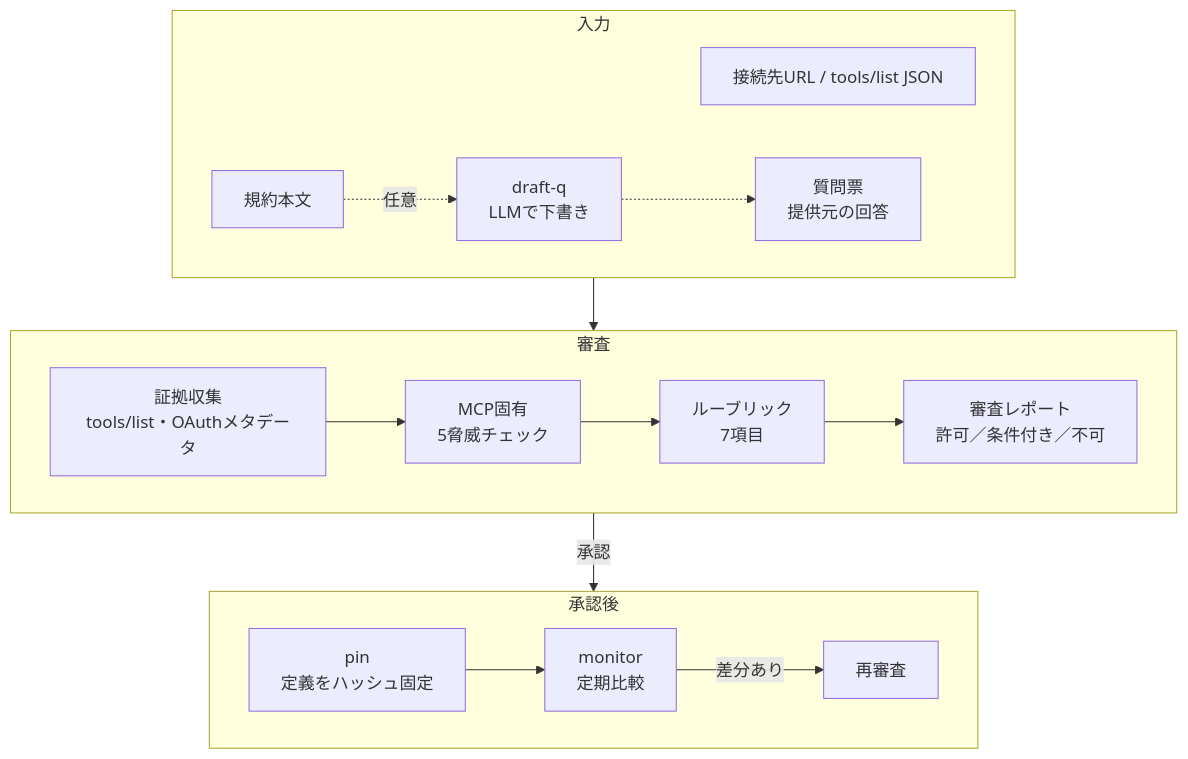
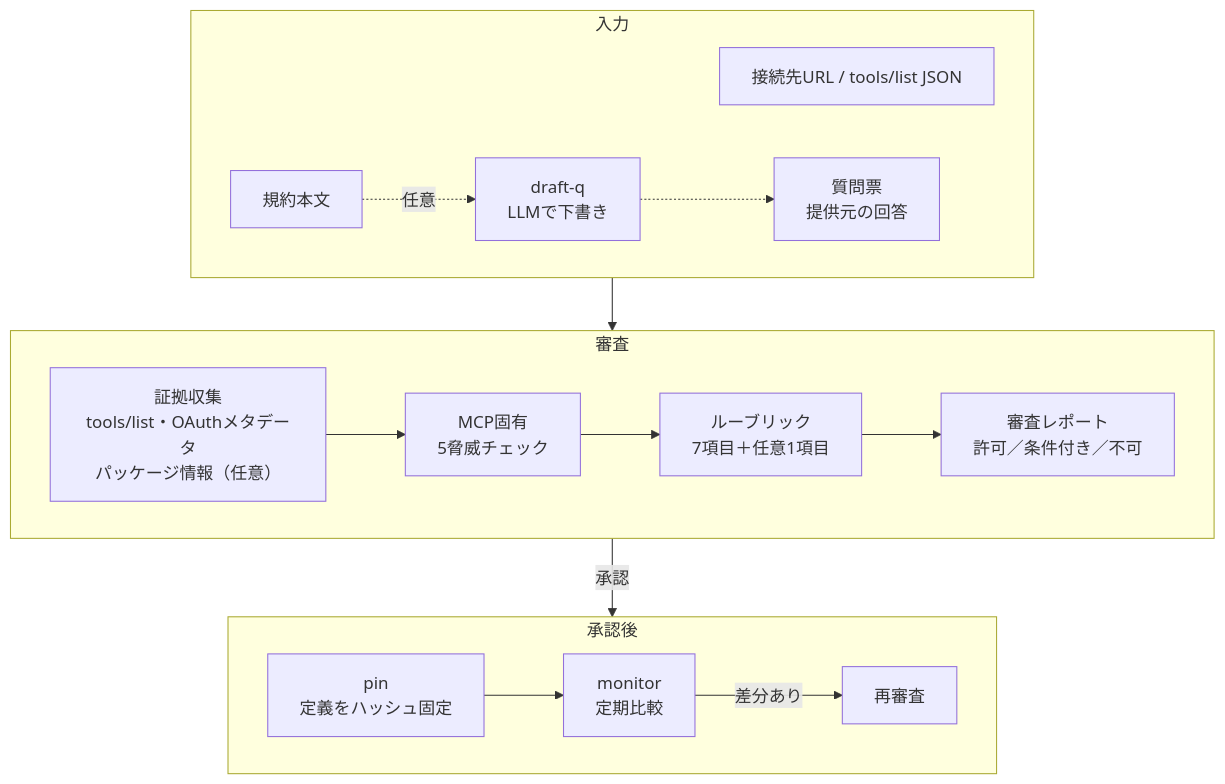
Before and after one commit to sanarita/magate: the diagram in README.md, drawn with Mermaid. The commit also changed other lines of this file and 7 other files, not shown here.

````diff
--- a/README.md
+++ b/README.md
@@ -89,18 +94,18 @@
 ```mermaid
 flowchart TB
   subgraph IN[入力]
     direction LR
     A[接続先URL / tools/list JSON]
     P[規約本文] -. 任意 .-> L[draft-q<br>LLMで下書き] -.-> Q[質問票<br>提供元の回答]
   end
   subgraph AUD[審査]
     direction LR
-    B[証拠収集<br>tools/list・OAuthメタデータ] --> C[MCP固有<br>5脅威チェック] --> D[ルーブリック<br>7項目] --> R[審査レポート<br>許可／条件付き／不可]
+    B[証拠収集<br>tools/list・OAuthメタデータ<br>パッケージ情報（任意）] --> C[MCP固有<br>5脅威チェック] --> D[ルーブリック<br>7項目＋任意1項目] --> R[審査レポート<br>許可／条件付き／不可]
   end
   subgraph AFTER[承認後]
     direction LR
     PIN[pin<br>定義をハッシュ固定] --> M[monitor<br>定期比較] -->|差分あり| RE[再審査]
   end
   IN --> AUD
   AUD -->|承認| AFTER
 ```
````
